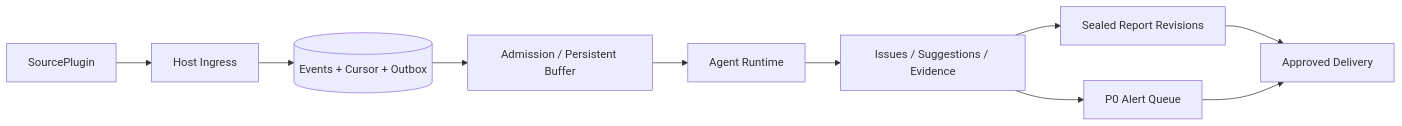
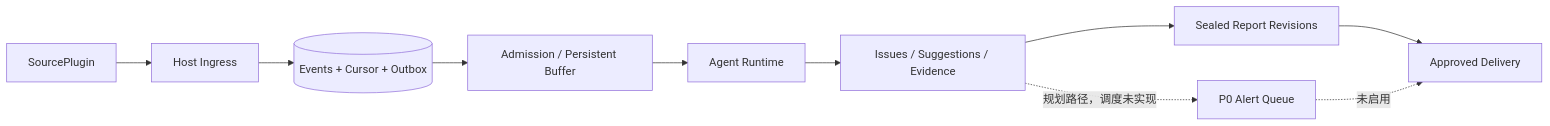
The diagram in docs/ARCHITECTURE.md (fangbm/SuperAgent), drawn with Mermaid before and after one commit. The commit also changed other lines of this file and 10 other files, not shown here.

````diff
--- a/docs/ARCHITECTURE.md
+++ b/docs/ARCHITECTURE.md
@@ -13,12 +15,12 @@
 ```mermaid
 flowchart LR
   Source[SourcePlugin] --> Ingress[Host Ingress]
   Ingress --> Store[(Events + Cursor + Outbox)]
   Store --> Buffer[Admission / Persistent Buffer]
   Buffer --> Agent[Agent Runtime]
   Agent --> Domain[Issues / Suggestions / Evidence]
   Domain --> Reports[Sealed Report Revisions]
-  Domain --> P0[P0 Alert Queue]
+  Domain -. 规划路径，调度未实现 .-> P0[P0 Alert Queue]
   Reports --> Delivery[Approved Delivery]
-  P0 --> Delivery
+  P0 -. 未启用 .-> Delivery
 ```
````
